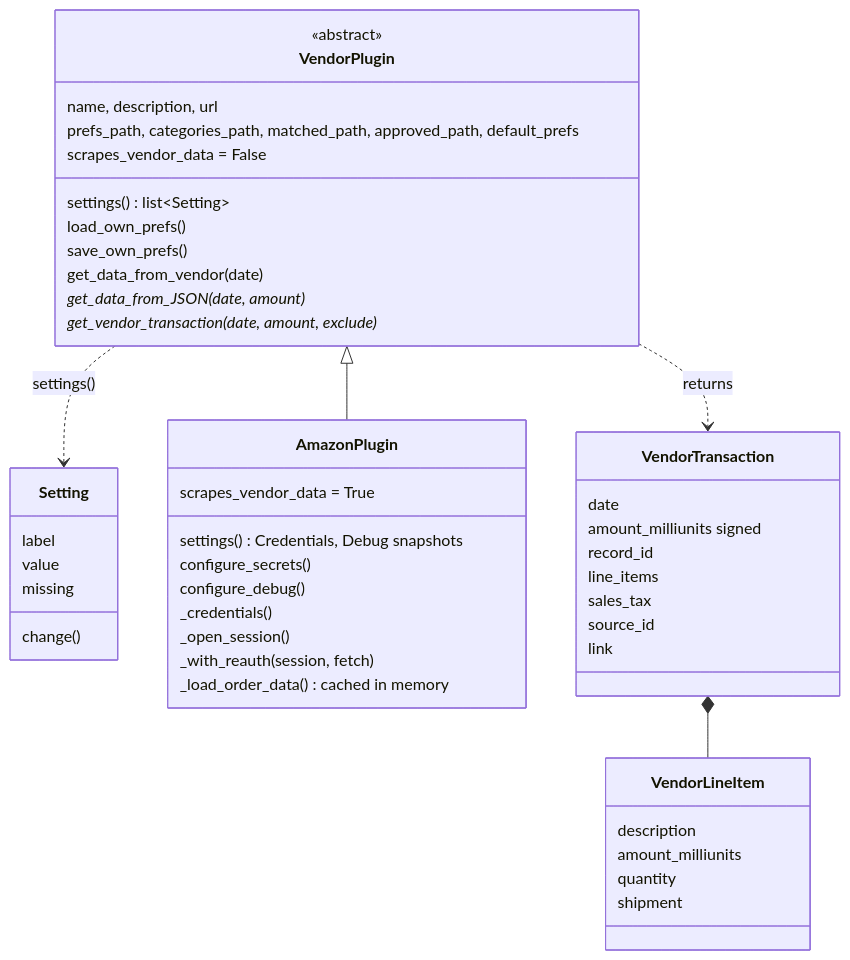
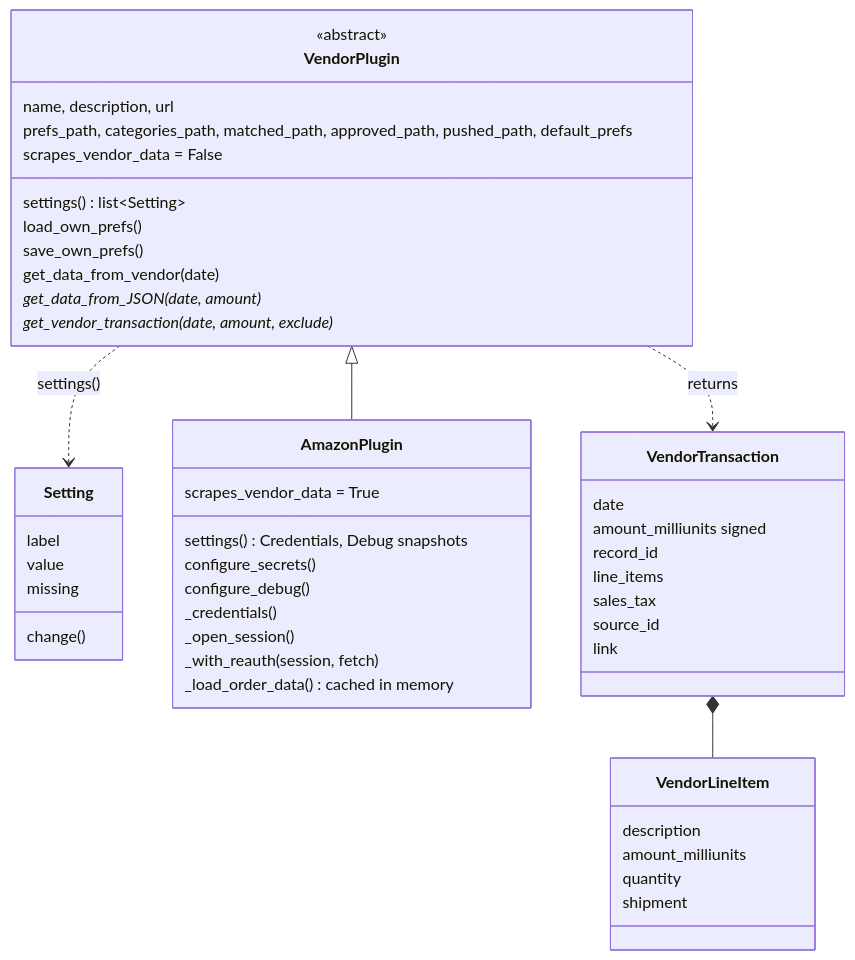
Before and after one commit to PirateIncognito/ynab-order-splitter: the fourth of 5 diagrams in DIAGRAM.md, drawn with Mermaid. The commit also changed other lines of this file and 10 other files, not shown here.

````diff
--- a/DIAGRAM.md
+++ b/DIAGRAM.md
@@ -177,55 +177,55 @@
 ```mermaid
 classDiagram
     class VendorPlugin {
         <<abstract>>
         name, description, url
-        prefs_path, categories_path, matched_path, approved_path, default_prefs
+        prefs_path, categories_path, matched_path, approved_path, pushed_path, default_prefs
         scrapes_vendor_data = False
         settings() list~Setting~
         load_own_prefs()
         save_own_prefs()
         get_data_from_vendor(date)
         get_data_from_JSON(date, amount)*
         get_vendor_transaction(date, amount, exclude)*
     }
 
     class Setting {
         label
         value
         change()
         missing
     }
 
     class AmazonPlugin {
         scrapes_vendor_data = True
         settings() Credentials, Debug snapshots
         configure_secrets()
         configure_debug()
         _credentials()
         _open_session()
         _with_reauth(session, fetch)
         _load_order_data() cached in memory
     }
 
     class VendorTransaction {
         date
         amount_milliunits signed
         record_id
         line_items
         sales_tax
         source_id
         link
     }
 
     class VendorLineItem {
         description
         amount_milliunits
         quantity
         shipment
     }
 
     VendorPlugin <|-- AmazonPlugin
     VendorPlugin ..> Setting : settings()
     VendorPlugin ..> VendorTransaction : returns
     VendorTransaction *-- VendorLineItem
 ```
````
